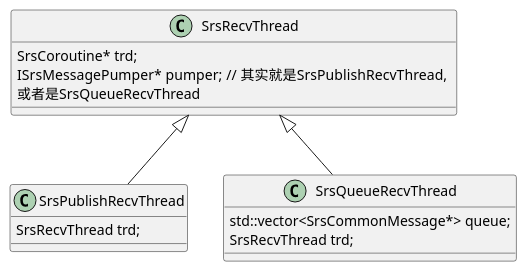
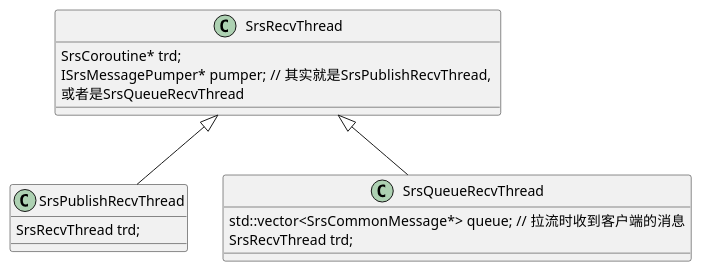
One commit to hz-fengpeng/doc changed the seventh of 8 diagrams in srs/srs_struct.md. Above: the diagram before and after it, drawn with PlantUML. The commit also changed other lines of this file and 1 other file, not shown here.

````diff
--- a/srs/srs_struct.md
+++ b/srs/srs_struct.md
@@ -394,22 +473,22 @@
 ```plantuml
 SrsRecvThread <|-- SrsPublishRecvThread
 SrsRecvThread <|-- SrsQueueRecvThread
 
 class SrsPublishRecvThread
 {
     SrsRecvThread trd;
 }
 
 class SrsRecvThread
 {
     SrsCoroutine* trd;
     ISrsMessagePumper* pumper;  // 其实就是SrsPublishRecvThread, \n或者是SrsQueueRecvThread
 }
 
 class SrsQueueRecvThread
 {
-    std::vector<SrsCommonMessage*> queue;
+    std::vector<SrsCommonMessage*> queue;  // 拉流时收到客户端的消息
     SrsRecvThread trd;
 }
 
 ```
````
